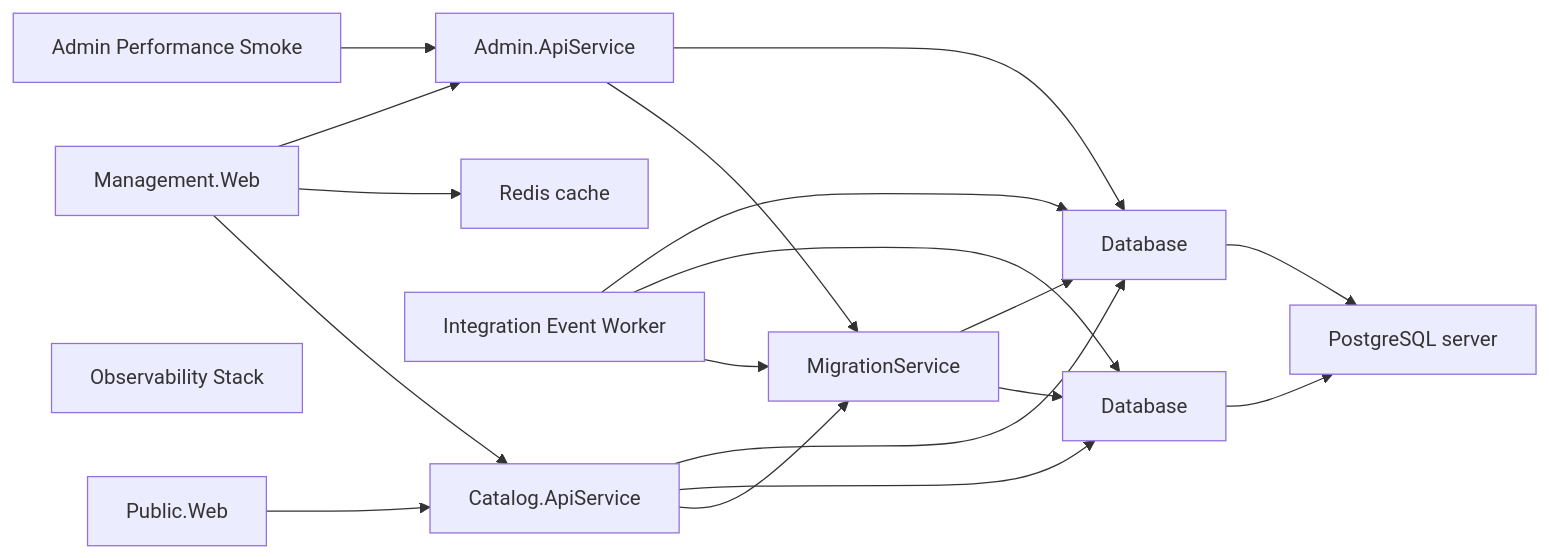
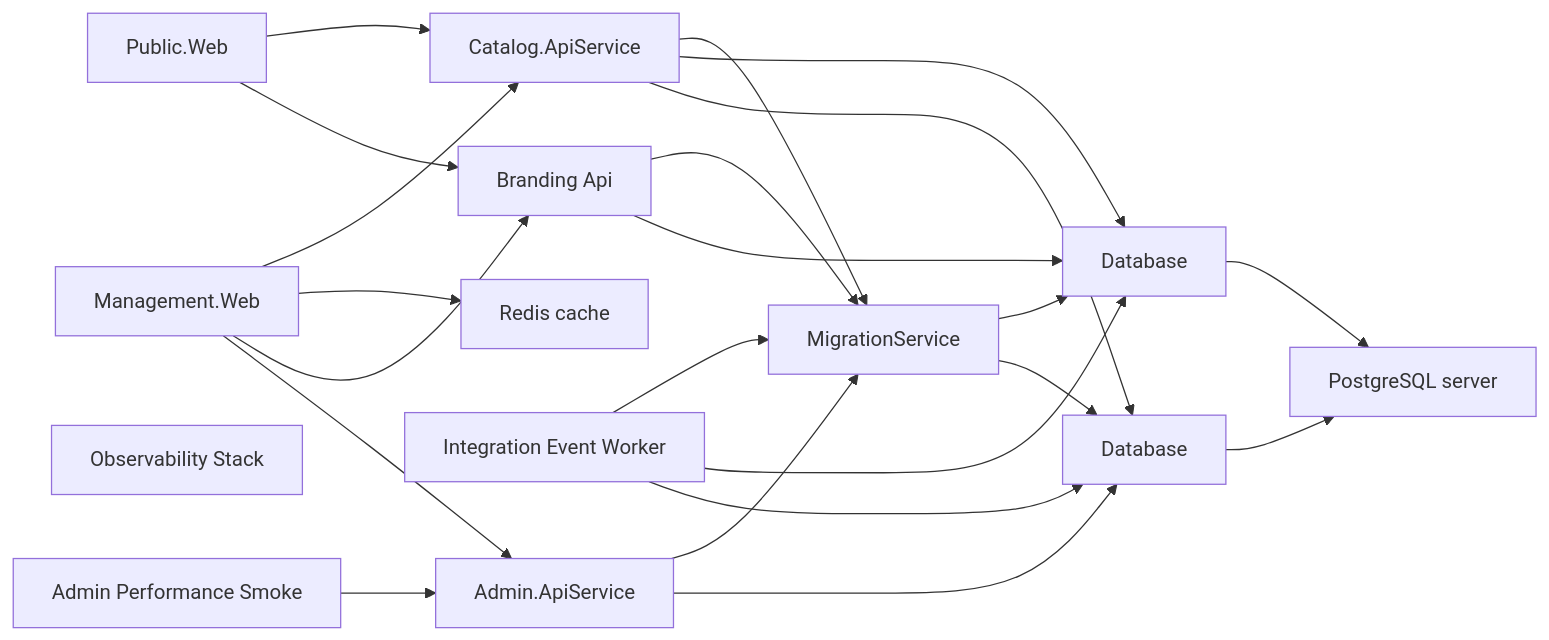
One commit to danigutsch/ViajantesTurismo changed the first of 2 diagrams in docs/architecture/runtime-wiring-and-deployment.md. Above: the diagram before and after it, drawn with Mermaid. The commit also changed 149 other files, not shown here.

Commit message:
feat(branding): add reusable branding service

````diff
--- a/docs/architecture/runtime-wiring-and-deployment.md
+++ b/docs/architecture/runtime-wiring-and-deployment.md
@@ -13,32 +13,37 @@
 ```mermaid
 flowchart LR
     AdminPerformanceSmoke[Admin Performance Smoke]
     apiService[Admin.ApiService]
+    brandingApiService[Branding Api]
     catalogApiService[Catalog.ApiService]
     adminDatabase[Database]
     catalogDatabase[Database]
     IntegrationEventWorker[Integration Event Worker]
     ManagementWeb[Management.Web]
     migrationService[MigrationService]
     ObservabilityStack[Observability Stack]
     databaseServer[PostgreSQL server]
     PublicWeb[Public.Web]
     cache[Redis cache]
     AdminPerformanceSmoke --> apiService
     IntegrationEventWorker --> adminDatabase
     IntegrationEventWorker --> catalogDatabase
     IntegrationEventWorker --> migrationService
     ManagementWeb --> apiService
+    ManagementWeb --> brandingApiService
     ManagementWeb --> cache
     ManagementWeb --> catalogApiService
+    PublicWeb --> brandingApiService
     PublicWeb --> catalogApiService
     adminDatabase --> databaseServer
     apiService --> adminDatabase
     apiService --> migrationService
+    brandingApiService --> catalogDatabase
+    brandingApiService --> migrationService
     catalogApiService --> adminDatabase
     catalogApiService --> catalogDatabase
     catalogApiService --> migrationService
     catalogDatabase --> databaseServer
     migrationService --> adminDatabase
     migrationService --> catalogDatabase
 ```
````
